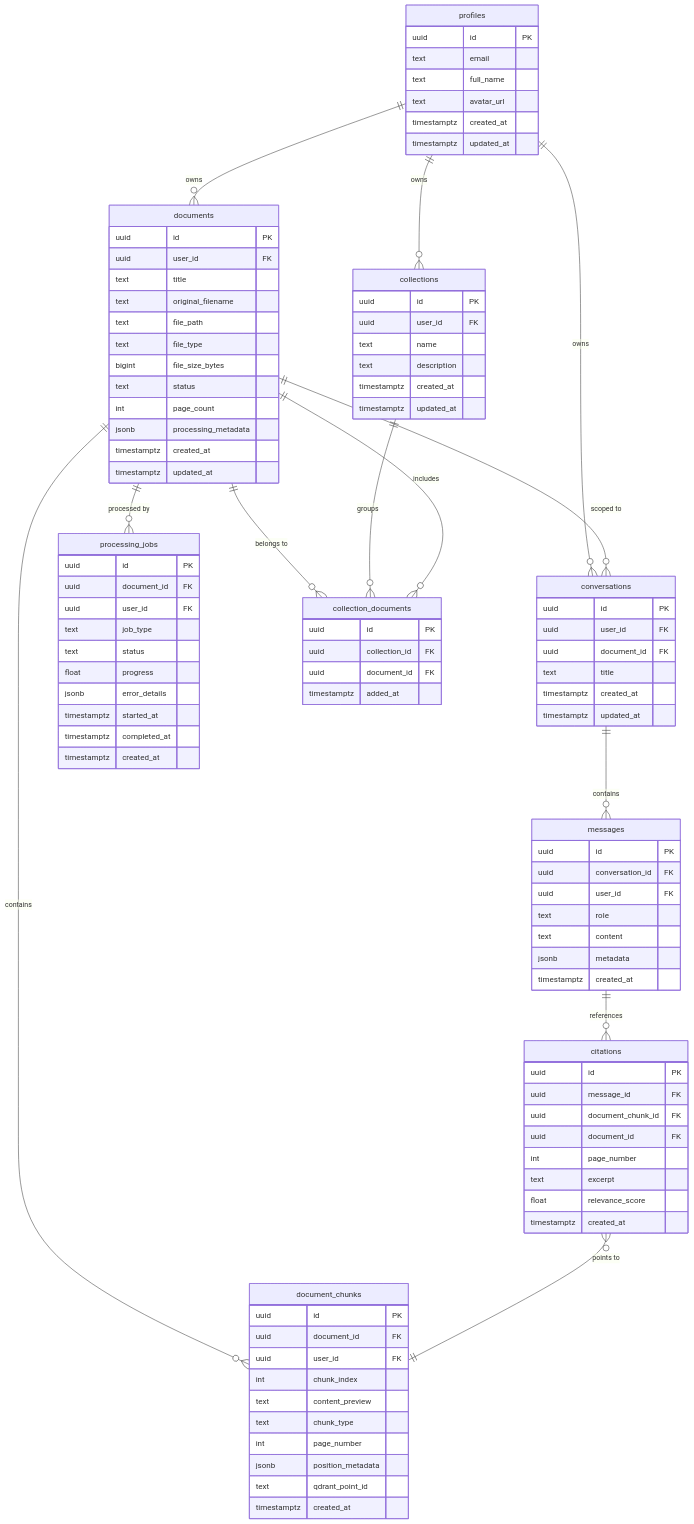
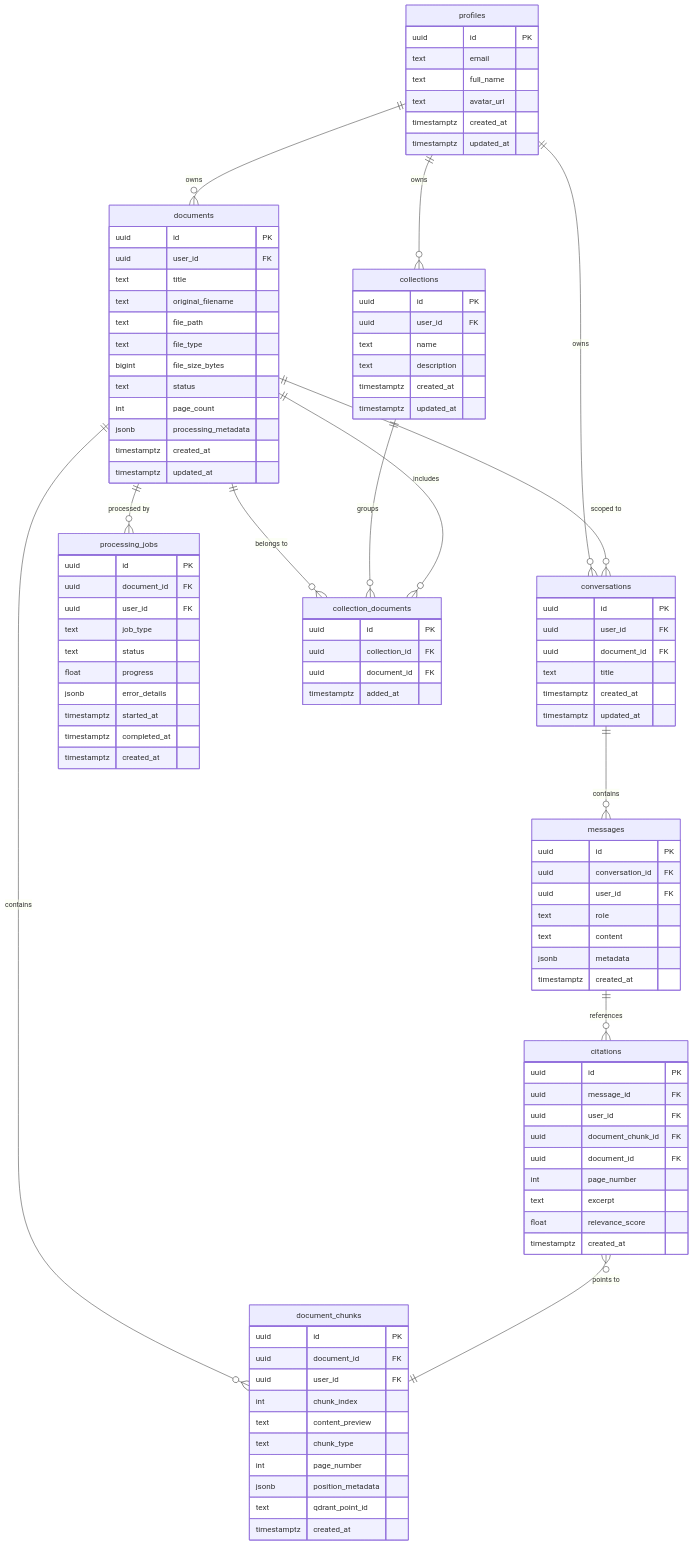
The diagram in DATABASE_SCHEMA.md (aryxn-builds/DocuMind-AI), drawn with Mermaid before and after one commit. The commit also changed other lines of this file and 47 other files, not shown here.

```diff
--- a/DATABASE_SCHEMA.md
+++ b/DATABASE_SCHEMA.md
@@ -104,6 +104,7 @@
     citations {
         uuid id PK
         uuid message_id FK
+        uuid user_id FK
         uuid document_chunk_id FK
         uuid document_id FK
         int page_number
```
